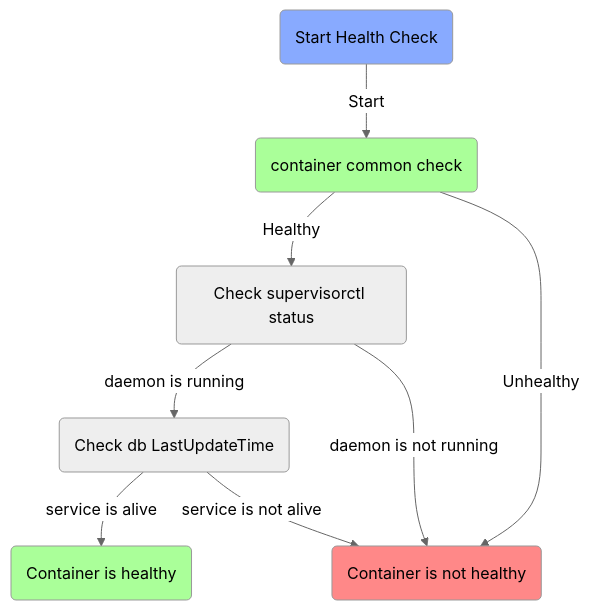
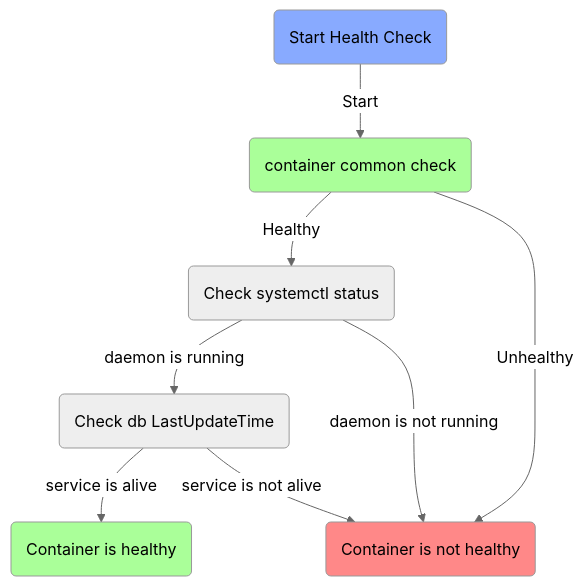
The diagram in procdockerstats_wd.md (FengPan-Frank/mermaid), drawn with Mermaid (neutral theme) before and after one commit.

````diff
--- a/procdockerstats_wd.md
+++ b/procdockerstats_wd.md
@@ -1,22 +1,22 @@
 ```mermaid
 flowchart
     id_start(Start Health Check)
     style id_start fill:#8AF
     id_docker("container common check")  
     style id_docker fill:#AF9
-    id_supervisorctl(Check supervisorctl status)
+    id_systemctl(Check systemctl status)
     id_state_db(Check db LastUpdateTime)
     id_healthy(Container is healthy)
     style id_healthy fill:#AF9
     id_unhealthy(Container is not healthy)
     style id_unhealthy fill:#F88
 
     id_start-->|Start|id_docker
-    id_docker-->|Healthy|id_supervisorctl
+    id_docker-->|Healthy|id_systemctl
     id_docker-->|Unhealthy|id_unhealthy
-    id_supervisorctl-->|daemon is running|id_state_db
-    id_supervisorctl-->|daemon is not running|id_unhealthy
+    id_systemctl-->|daemon is running|id_state_db
+    id_systemctl-->|daemon is not running|id_unhealthy
     id_state_db-->|service is alive|id_healthy
     id_state_db-->|service is not alive|id_unhealthy
 
 ```
````
